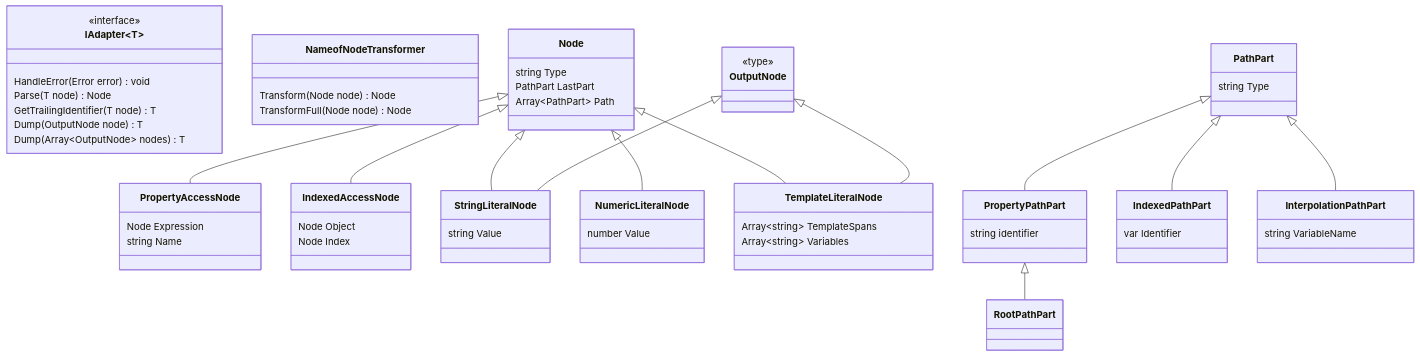
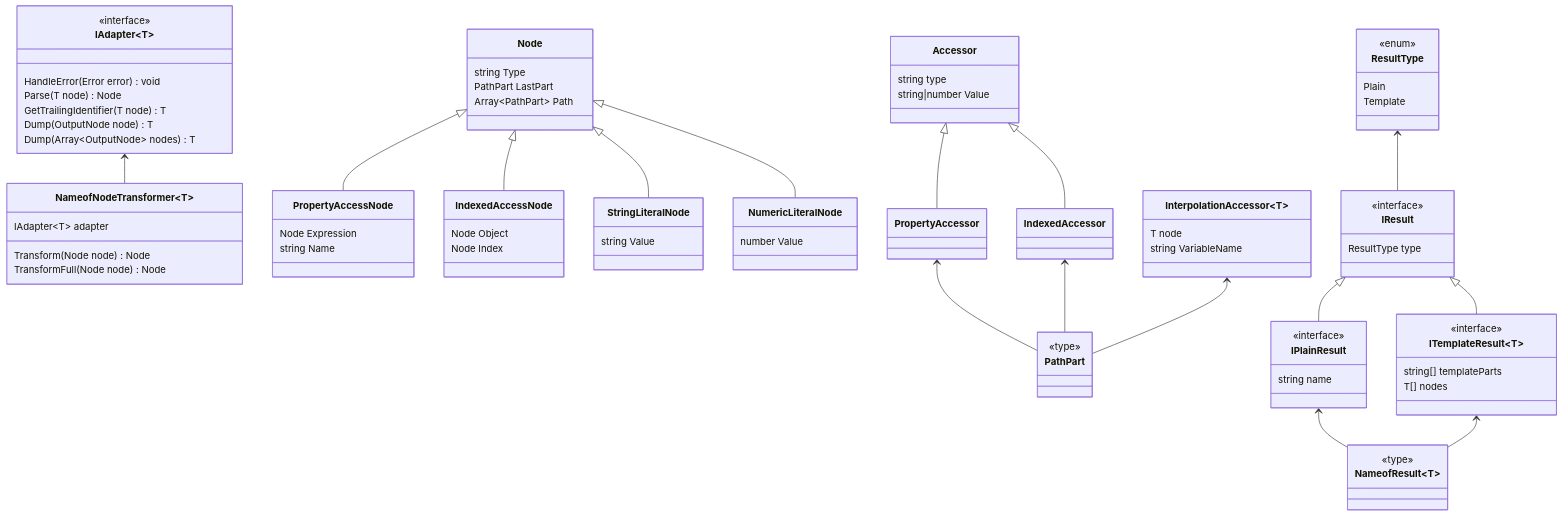
The second of 2 diagrams in ClassDiagram.md (typescript-nameof/nameof), drawn with Mermaid before and after one commit.

Commit message:
Refactor class diagram

````diff
--- a/ClassDiagram.md
+++ b/ClassDiagram.md
@@ -94,7 +94,8 @@
         Dump(Array~OutputNode~ nodes) T
     }
 
-    class NameofNodeTransformer {
+    class NameofNodeTransformer~T~ {
+        IAdapter~T~ adapter
         Transform(Node node) Node
         TransformFull(Node node) Node
     }
@@ -123,45 +124,69 @@
         number Value
     }
 
-    class TemplateLiteralNode {
-        Array~string~ TemplateSpans
-        Array~string~ Variables
-    }
-
-    class OutputNode {
+    class PathPart {
         <<type>>
     }
 
-    class PathPart {
-        string Type
+    class Accessor {
+        string type
+        string|number Value
     }
 
-    class RootPathPart {
+    class PropertyAccessor {
     }
 
-    class PropertyPathPart {
-        string identifier
+    class IndexedAccessor {
     }
 
-    class IndexedPathPart {
-        var Identifier
+    class InterpolationAccessor~T~ {
+        T node
+        string VariableName
     }
 
-    class InterpolationPathPart {
-        string VariableName
+    class ResultType {
+        <<enum>>
+        Plain
+        Template
+    }
+
+    class IResult {
+        <<interface>>
+        ResultType type
+    }
+
+    class IPlainResult {
+        <<interface>>
+        string name
+    }
+
+    class ITemplateResult~T~ {
+        <<interface>>
+        string[] templateParts
+        T[] nodes
+    }
+
+    class NameofResult~T~ {
+        <<type>>
     }
 
     Node <|-- IndexedAccessNode
     Node <|-- PropertyAccessNode
     Node <|-- StringLiteralNode
     Node <|-- NumericLiteralNode
-    Node <|-- TemplateLiteralNode
 
-    OutputNode <|-- StringLiteralNode
-    OutputNode <|-- TemplateLiteralNode
+    IAdapter <-- NameofNodeTransformer
 
-    PathPart <|-- PropertyPathPart
-    PropertyPathPart <|-- RootPathPart
-    PathPart <|-- IndexedPathPart
-    PathPart <|-- InterpolationPathPart
+    Accessor <|-- PropertyAccessor
+    Accessor <|-- IndexedAccessor
+    PropertyAccessor <-- PathPart
+    IndexedAccessor <-- PathPart
+    InterpolationAccessor <-- PathPart
+
+    ResultType <-- IResult
+    IResult <|-- IPlainResult
+    IResult <|-- ITemplateResult
+
+    IPlainResult <-- NameofResult
+    ITemplateResult <-- NameofResult
 ```
````
